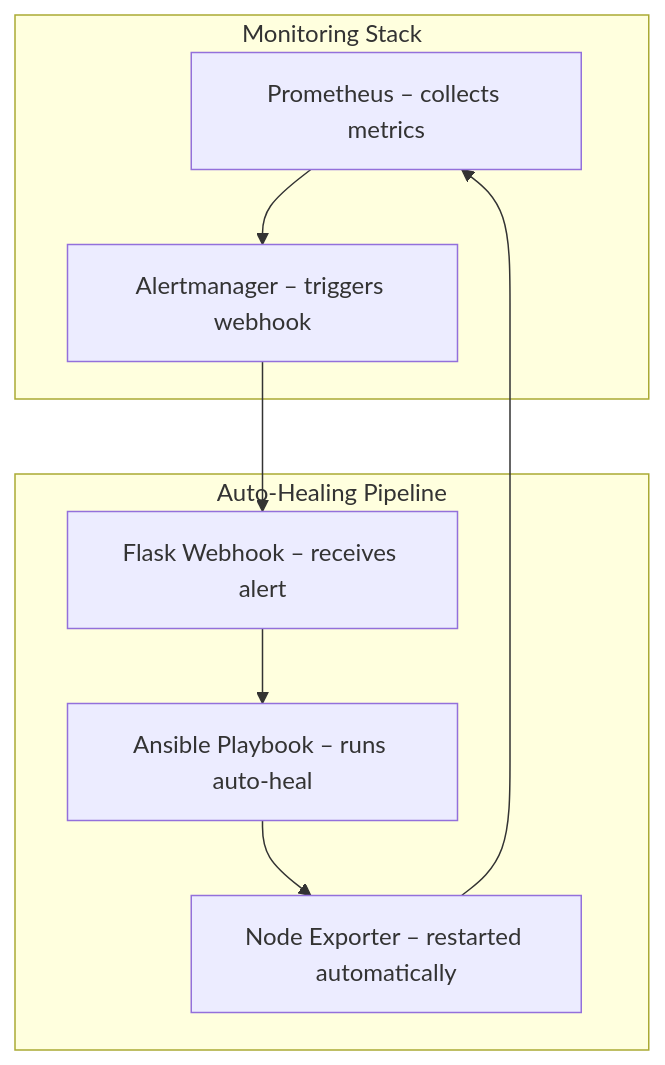
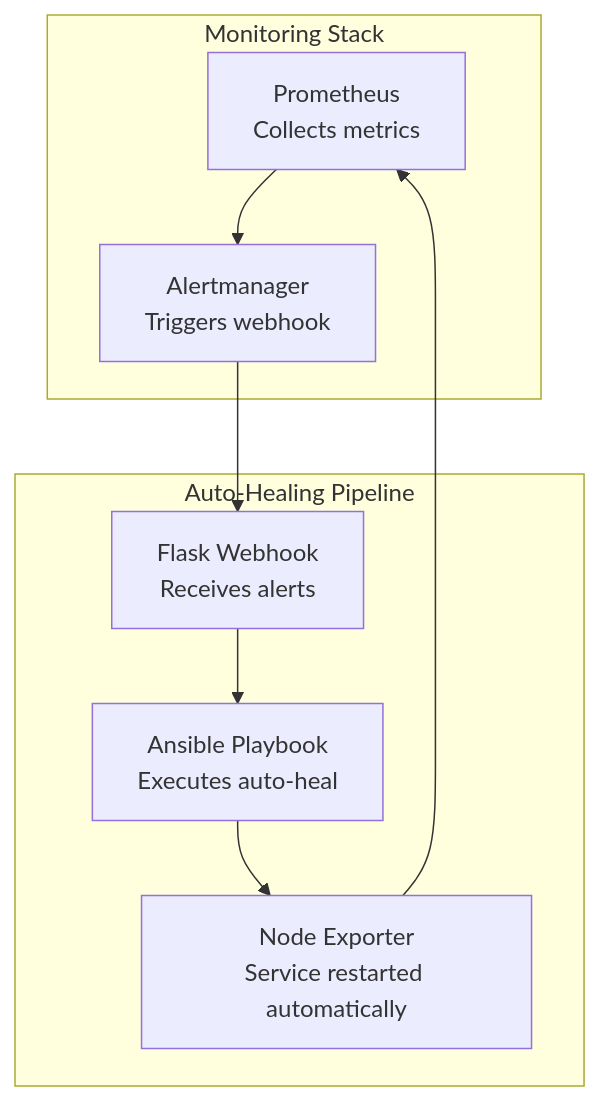
Before and after one commit to Vsethi44/Self-Healing-Infrastructure-with-Prometheus-Alertmanager-Ansible: the diagram in README.MD, drawn with Mermaid.

Commit message:
README.MD Updated

````diff
--- a/README.MD
+++ b/README.MD
@@ -1,14 +1,14 @@
 ```mermaid
 graph TD
     subgraph Monitoring_Stack["Monitoring Stack"]
-        A[Prometheus – collects metrics] --> B[Alertmanager – triggers webhook]
+        A[Prometheus<br/>Collects metrics] --> B[Alertmanager<br/>Triggers webhook]
     end
 
     subgraph Auto_Heal_Pipeline["Auto-Healing Pipeline"]
-        B --> C[Flask Webhook – receives alert]
-        C --> D[Ansible Playbook – runs auto-heal]
-        D --> E[Node Exporter – restarted automatically]
+        B --> C[Flask Webhook<br/>Receives alerts]
+        C --> D[Ansible Playbook<br/>Executes auto-heal]
+        D --> E[Node Exporter<br/>Service restarted automatically]
     end
 
     E --> A
 ```
````
